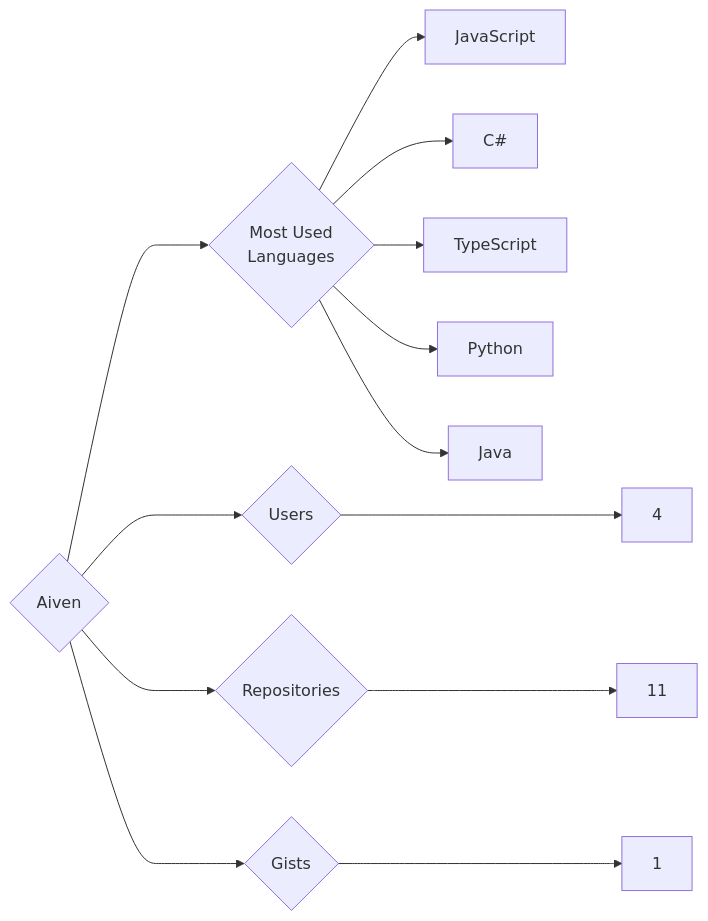
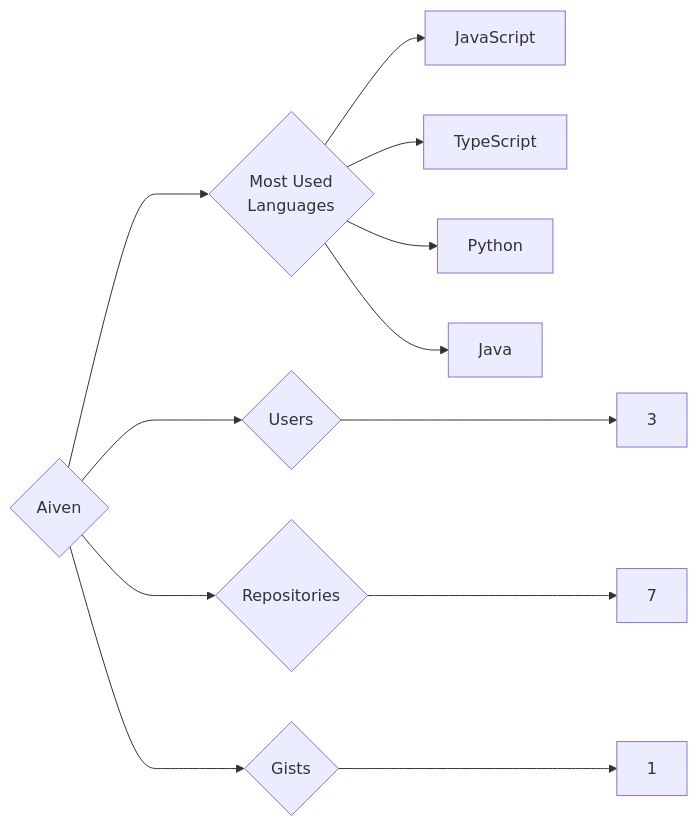
The diagram in targets/Aiven/README.md (trickest/insiders), drawn with Mermaid before and after one commit. The commit also changed 1092 other files, not shown here.

````diff
--- a/targets/Aiven/README.md
+++ b/targets/Aiven/README.md
@@ -3,13 +3,12 @@
 ```mermaid
 graph LR
 COMPANY_NAME{Aiven}
-COMPANY_NAME ---> U{Users} ---> UN[4]
-COMPANY_NAME ---> R{Repositories} ---> RN[11]
+COMPANY_NAME ---> U{Users} ---> UN[3]
+COMPANY_NAME ---> R{Repositories} ---> RN[7]
 COMPANY_NAME ---> G{Gists} ---> GN[1]
 COMPANY_NAME ---> ML{Most Used<br>Languages}
 ML --> JavaScript[JavaScript]
-ML --> C#[C#]
 ML --> TypeScript[TypeScript]
 ML --> Python[Python]
 ML --> Java[Java]
 ```
````
